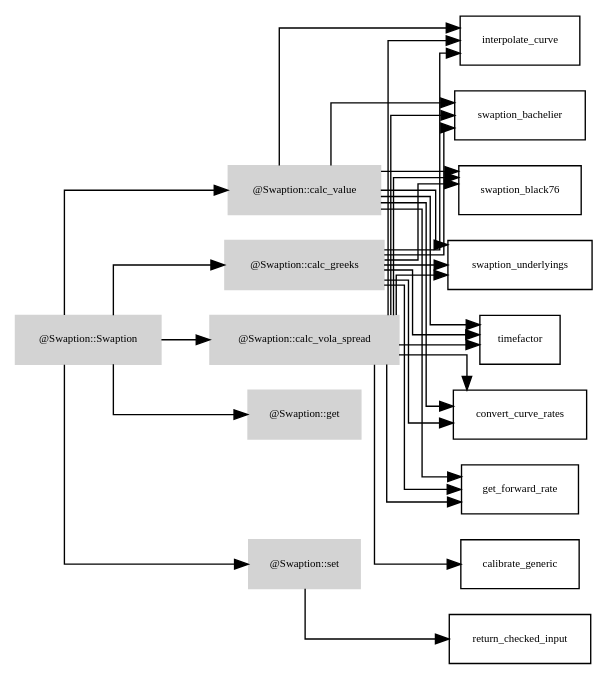
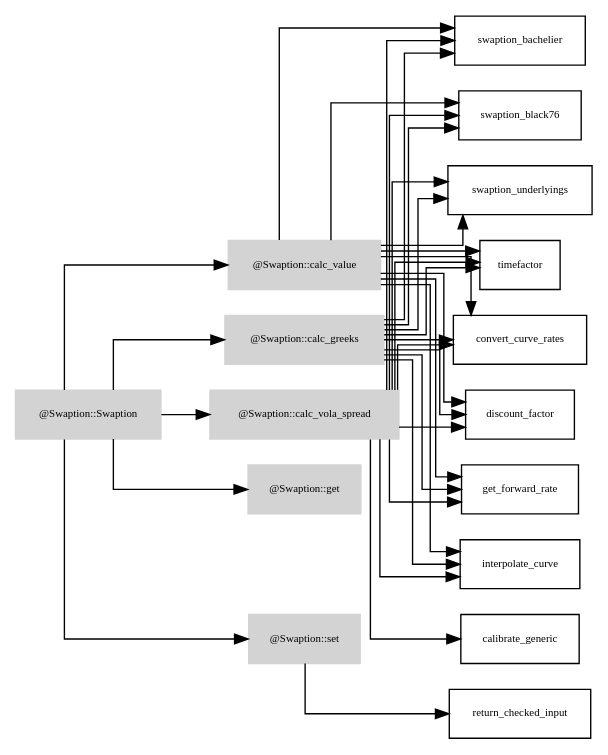
The diagram in graphviz_files/Swaption.dot (octarisk/documentation), drawn with Graphviz before and after one commit. The commit also changed 103 other files, not shown here.

```diff
--- a/graphviz_files/Swaption.dot
+++ b/graphviz_files/Swaption.dot
@@ -1,48 +1,51 @@
 digraph G {
 	fontname = "Bitstream Vera Sans"
 	fontsize = 8
 	node [
 		fontname = "Bitstream Vera Sans"
 		fontsize = 8
 		shape = "record"
 	]
 	edge [
 		fontname = "Bitstream Vera Sans"
 		fontsize = 8
 	]
 	graph [splines=ortho];
 	rankdir=LR;
 	subgraph class_Swaption {
 		style=filled;
 		node [style=filled,color=lightgrey];
 		"@Swaption::Swaption" -> "@Swaption::calc_greeks"
 		"@Swaption::Swaption" -> "@Swaption::calc_value"
 		"@Swaption::Swaption" -> "@Swaption::calc_vola_spread"
 		"@Swaption::Swaption" -> "@Swaption::get"
 		"@Swaption::Swaption" -> "@Swaption::set"
 		label = "@Swaption";
 	}
 "@Swaption::calc_greeks" 	 -> 	 "convert_curve_rates"
+"@Swaption::calc_greeks" 	 -> 	 "discount_factor"
 "@Swaption::calc_greeks" 	 -> 	 "get_forward_rate"
 "@Swaption::calc_greeks" 	 -> 	 "interpolate_curve"
 "@Swaption::calc_greeks" 	 -> 	 "swaption_bachelier"
 "@Swaption::calc_greeks" 	 -> 	 "swaption_black76"
 "@Swaption::calc_greeks" 	 -> 	 "swaption_underlyings"
 "@Swaption::calc_greeks" 	 -> 	 "timefactor"
 "@Swaption::calc_value" 	 -> 	 "convert_curve_rates"
+"@Swaption::calc_value" 	 -> 	 "discount_factor"
 "@Swaption::calc_value" 	 -> 	 "get_forward_rate"
 "@Swaption::calc_value" 	 -> 	 "interpolate_curve"
 "@Swaption::calc_value" 	 -> 	 "swaption_bachelier"
 "@Swaption::calc_value" 	 -> 	 "swaption_black76"
 "@Swaption::calc_value" 	 -> 	 "swaption_underlyings"
 "@Swaption::calc_value" 	 -> 	 "timefactor"
 "@Swaption::calc_vola_spread" 	 -> 	 "calibrate_generic"
 "@Swaption::calc_vola_spread" 	 -> 	 "convert_curve_rates"
+"@Swaption::calc_vola_spread" 	 -> 	 "discount_factor"
 "@Swaption::calc_vola_spread" 	 -> 	 "get_forward_rate"
 "@Swaption::calc_vola_spread" 	 -> 	 "interpolate_curve"
 "@Swaption::calc_vola_spread" 	 -> 	 "swaption_bachelier"
 "@Swaption::calc_vola_spread" 	 -> 	 "swaption_black76"
 "@Swaption::calc_vola_spread" 	 -> 	 "swaption_underlyings"
 "@Swaption::calc_vola_spread" 	 -> 	 "timefactor"
 "@Swaption::set" 	 -> 	 "return_checked_input"
 }
```
